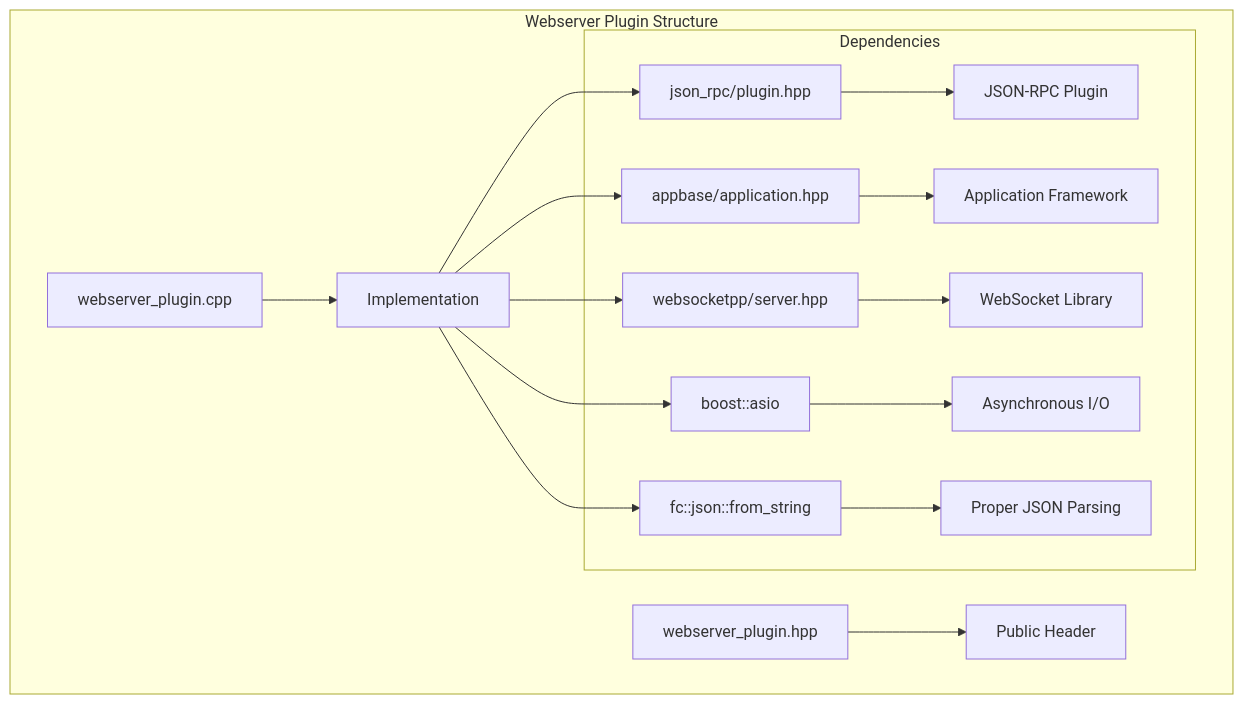
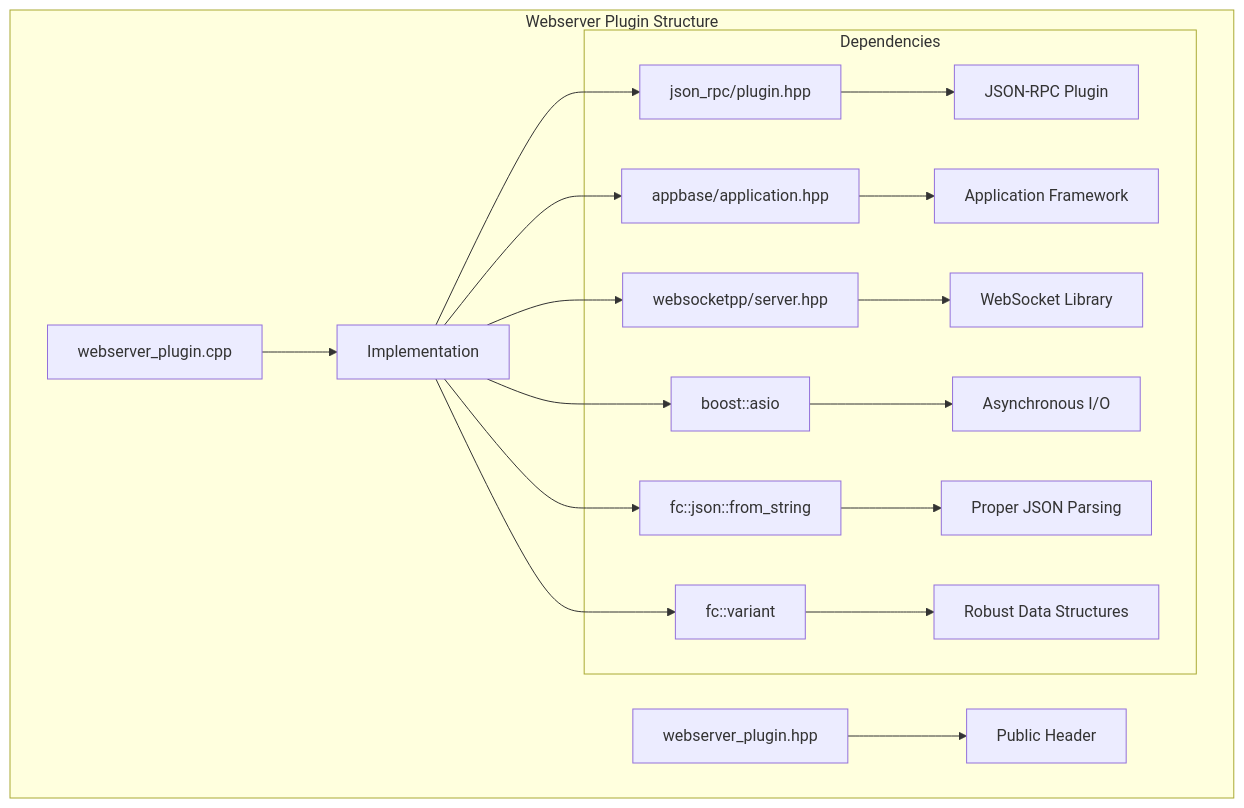
One commit to VIZ-Blockchain/viz-cpp-node changed the first of 12 diagrams in .qoder/repowiki/en/content/Webserver Plugin.md. Above: the diagram before and after it, drawn with Mermaid. The commit also changed other lines of this file and 3 other files, not shown here.

````diff
--- a/.qoder/repowiki/en/content/Webserver Plugin.md
+++ b/.qoder/repowiki/en/content/Webserver Plugin.md
@@ -45,19 +46,21 @@
 ```mermaid
 graph TB
 subgraph "Webserver Plugin Structure"
 A[webserver_plugin.hpp] --> B[Public Header]
 C[webserver_plugin.cpp] --> D[Implementation]
 subgraph "Dependencies"
 E[json_rpc/plugin.hpp] --> F[JSON-RPC Plugin]
 G[appbase/application.hpp] --> H[Application Framework]
 I[websocketpp/server.hpp] --> J[WebSocket Library]
 K[boost::asio] --> L[Asynchronous I/O]
 M[fc::json::from_string] --> N[Proper JSON Parsing]
+O[fc::variant] --> P[Robust Data Structures]
 end
 D --> E
 D --> G
 D --> I
 D --> K
 D --> M
+D --> O
 end
 ```
````
